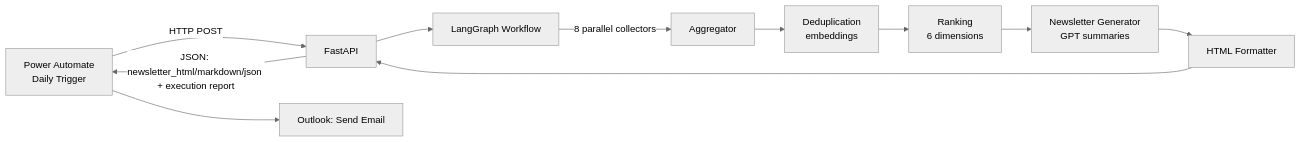
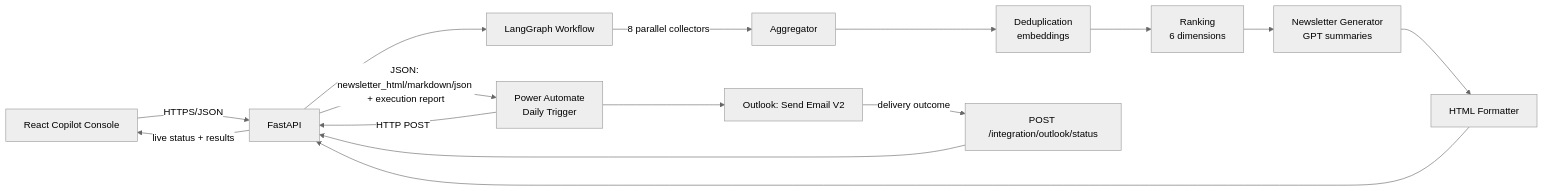
Before and after one commit to Irapatil/AI-Newsletter-Automation: the diagram in README.md, drawn with Mermaid (neutral theme). The commit also changed other lines of this file and 76 other files, not shown here.

````diff
--- a/README.md
+++ b/README.md
@@ -77,13 +52,17 @@
 ```mermaid
 flowchart LR
-    PA[Power Automate<br/>Daily Trigger] -->|HTTP POST| API[FastAPI]
+    FE[React Copilot Console] -->|HTTPS/JSON| API[FastAPI]
+    PA[Power Automate<br/>Daily Trigger] -->|HTTP POST| API
     API --> WF[LangGraph Workflow]
     WF -->|8 parallel collectors| AGG[Aggregator]
     AGG --> DEDUP[Deduplication<br/>embeddings]
     DEDUP --> RANK[Ranking<br/>6 dimensions]
     RANK --> GEN[Newsletter Generator<br/>GPT summaries]
     GEN --> FMT[HTML Formatter]
     FMT --> API
     API -->|JSON: newsletter_html/markdown/json + execution report| PA
-    PA --> OUTLOOK[Outlook: Send Email]
+    API -->|live status + results| FE
+    PA --> OUTLOOK[Outlook: Send Email V2]
+    OUTLOOK -->|delivery outcome| CB[POST /integration/outlook/status]
+    CB --> API
 ```
````
